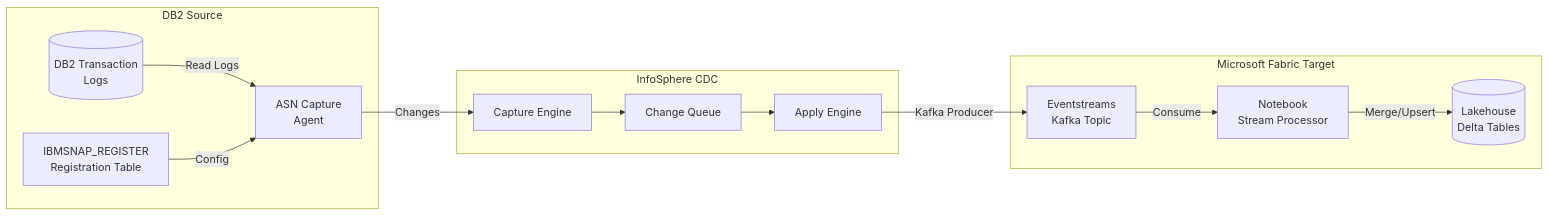
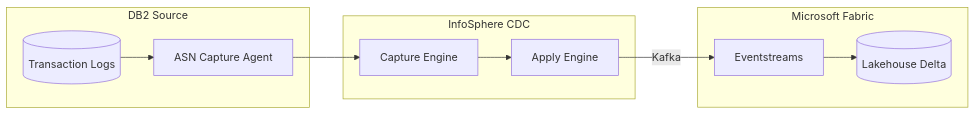
The fifth of 8 diagrams in tutorials/25-ibm-db2-source/README.md (fgarofalo56/Supercharge_Microsoft_Fabric), drawn with Mermaid before and after one commit. The commit also changed other lines of this file and 3 other files, not shown here.

````diff
--- a/tutorials/25-ibm-db2-source/README.md
+++ b/tutorials/25-ibm-db2-source/README.md
@@ -1196,29 +630,16 @@
 ```mermaid
 flowchart LR
-    subgraph DB2["DB2 Source"]
-        LOG[(DB2 Transaction<br/>Logs)]
-        ASN[ASN Capture<br/>Agent]
-        REG[IBMSNAP_REGISTER<br/>Registration Table]
+    subgraph DB2S["DB2 Source"]
+        LOG[(Transaction Logs)]
+        ASN[ASN Capture Agent]
     end
-
-    subgraph CDC["InfoSphere CDC"]
+    subgraph CDCE["InfoSphere CDC"]
         CAP[Capture Engine]
         APPLY[Apply Engine]
-        QUEUE[Change Queue]
     end
-
-    subgraph Fabric["Microsoft Fabric Target"]
-        ES[Eventstreams<br/>Kafka Topic]
-        NB[Notebook<br/>Stream Processor]
-        LH[(Lakehouse<br/>Delta Tables)]
+    subgraph FabricT["Microsoft Fabric"]
+        ES[Eventstreams]
+        LH3[(Lakehouse Delta)]
     end
-
-    LOG -->|Read Logs| ASN
-    REG -->|Config| ASN
-    ASN -->|Changes| CAP
-    CAP --> QUEUE
-    QUEUE --> APPLY
-    APPLY -->|Kafka Producer| ES
-    ES -->|Consume| NB
-    NB -->|Merge/Upsert| LH
+    LOG --> ASN --> CAP --> APPLY -->|Kafka| ES --> LH3
 ```
````
